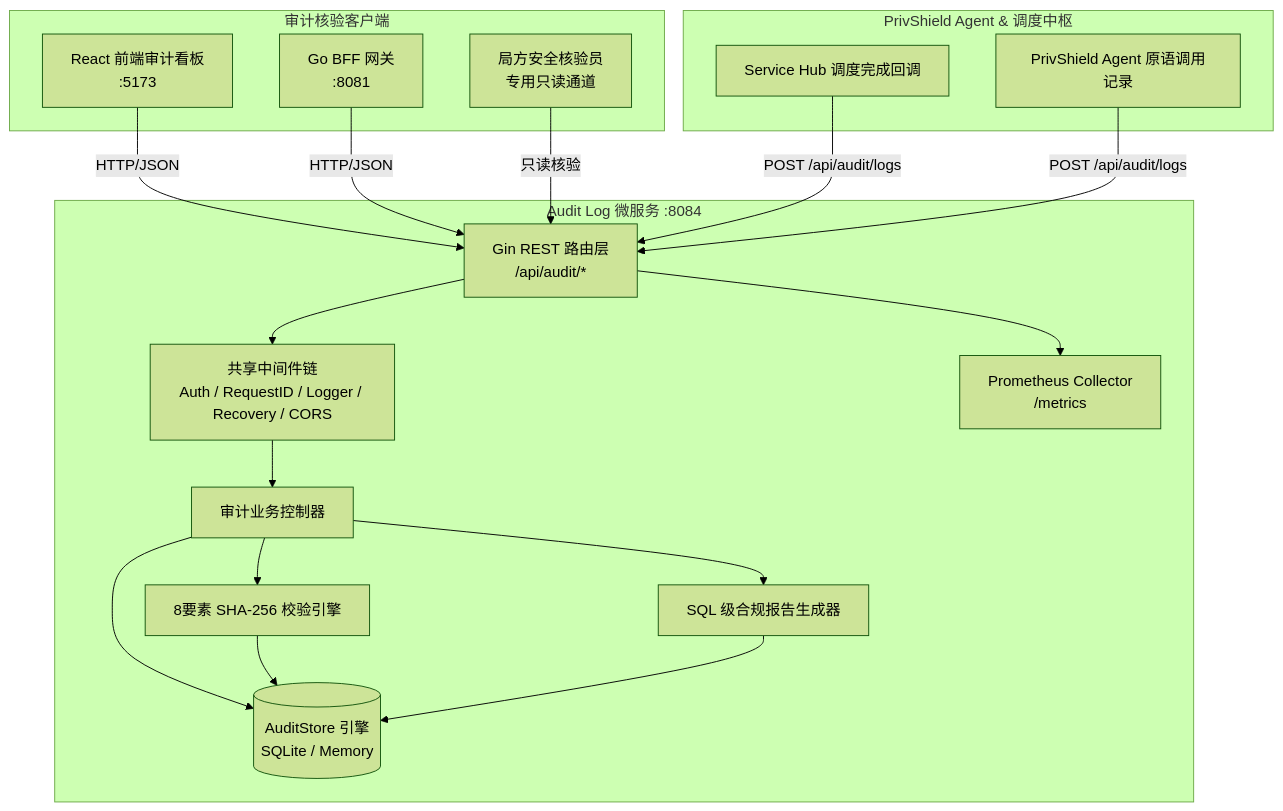
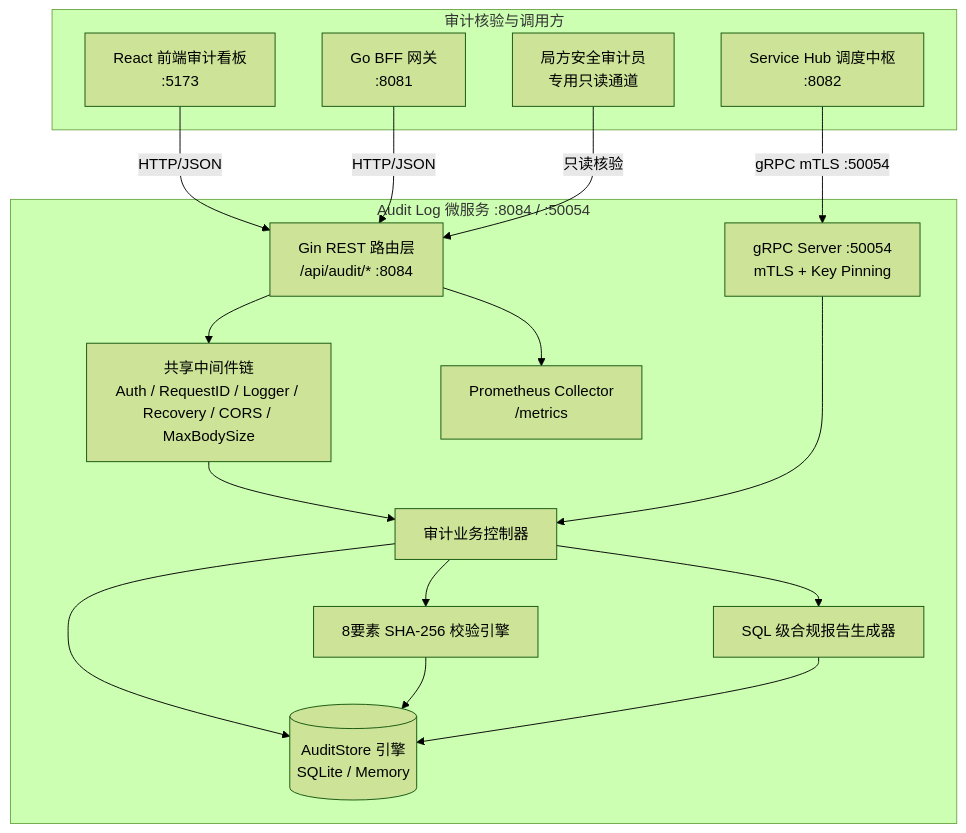
The first of 2 diagrams in services/audit-log/docs/design.md (fengzhizi319/PrivShield), drawn with Mermaid (forest theme) before and after one commit. The commit also changed other lines of this file and 58 other files, not shown here.

Commit message:
feat(services): add gRPC mTLS, comprehensive unit tests, deployment configs, scripts and docs for datasource-mgr and audit-log

````diff
--- a/services/audit-log/docs/design.md
+++ b/services/audit-log/docs/design.md
@@ -21,42 +22,38 @@
 ```mermaid
 graph TD
-    subgraph Clients [审计核验客户端]
+    subgraph Clients [审计核验与调用方]
         WebConsole[React 前端审计看板<br/>:5173]
         GatewayBFF[Go BFF 网关<br/>:8081]
-        Auditor[局方安全核验员<br/>专用只读通道]
+        ServiceHub[Service Hub 调度中枢<br/>:8082]
+        Auditor[局方安全审计员<br/>专用只读通道]
     end
 
-    subgraph AuditLogService [Audit Log 微服务 :8084]
-        HTTPRouter[Gin REST 路由层<br/>/api/audit/*]
-        MiddlewareStack[共享中间件链<br/>Auth / RequestID / Logger / Recovery / CORS]
+    subgraph AuditLogService [Audit Log 微服务 :8084 / :50054]
+        HTTPRouter[Gin REST 路由层<br/>/api/audit/* :8084]
+        GRPCRouter[gRPC Server :50054<br/>mTLS + Key Pinning]
+        MiddlewareStack[共享中间件链<br/>Auth / RequestID / Logger / Recovery / CORS / MaxBodySize]
         PromMetrics[Prometheus Collector<br/>/metrics]
 
         AuditController[审计业务控制器]
         IntegrityEngine[8要素 SHA-256 校验引擎]
         ReportGenerator[SQL 级合规报告生成器]
 
         AuditStore[(AuditStore 引擎<br/>SQLite / Memory)]
     end
 
-    subgraph Upstream [PrivShield Agent & 调度中枢]
-        ServiceHub[Service Hub 调度完成回调]
-        CoreAgent[PrivShield Agent 原语调用记录]
-    end
-
     WebConsole -->|HTTP/JSON| HTTPRouter
     GatewayBFF -->|HTTP/JSON| HTTPRouter
     Auditor -->|只读核验| HTTPRouter
-
-    ServiceHub -->|POST /api/audit/logs| HTTPRouter
-    CoreAgent -->|POST /api/audit/logs| HTTPRouter
+    ServiceHub -->|gRPC mTLS :50054| GRPCRouter
 
     HTTPRouter --> MiddlewareStack
     MiddlewareStack --> AuditController
+    GRPCRouter --> AuditController
     HTTPRouter --> PromMetrics
 
     AuditController --> IntegrityEngine
     AuditController --> ReportGenerator
     AuditController --> AuditStore
     IntegrityEngine --> AuditStore
     ReportGenerator --> AuditStore
 ```
````
